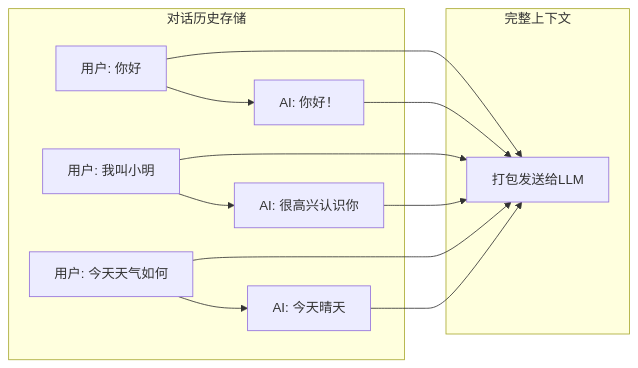
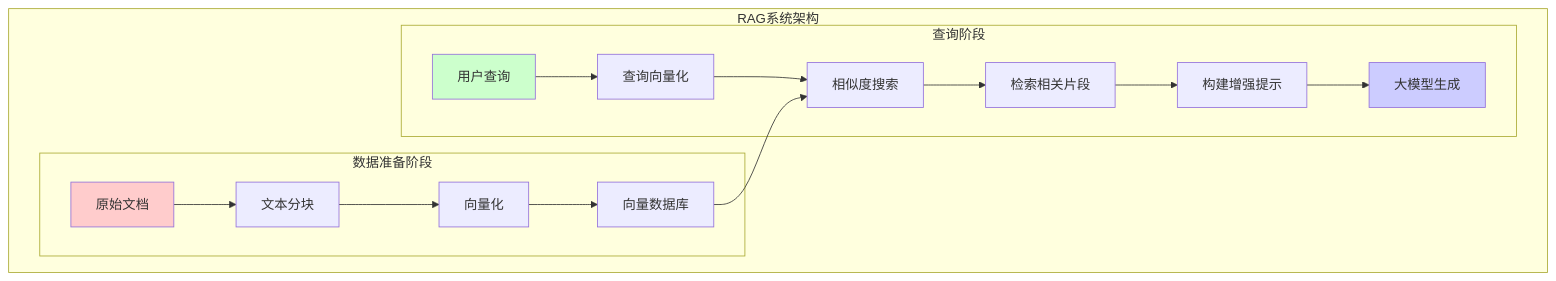
The third of 4 diagrams in _posts/2025-07-18-demystifying-llm-memory.md (KingdeGuo/kingdeguo.github.io), drawn with Mermaid before and after one commit. The commit also changed other lines of this file, not shown here.

````diff
--- a/_posts/2025-07-18-demystifying-llm-memory.md
+++ b/_posts/2025-07-18-demystifying-llm-memory.md
@@ -98,17 +258,23 @@
 ```mermaid
-graph LR
-    subgraph "对话历史存储"
-        A[用户: 你好] --> B[AI: 你好！]
-        C[用户: 我叫小明] --> D[AI: 很高兴认识你]
-        E[用户: 今天天气如何] --> F[AI: 今天晴天]
+graph TD
+    subgraph "RAG系统架构"
+        subgraph "数据准备阶段"
+            Docs[原始文档] --> Split[文本分块]
+            Split --> Embed[向量化]
+            Embed --> Store[向量数据库]
+        end
+        
+        subgraph "查询阶段"
+            Query[用户查询] --> Embed2[查询向量化]
+            Embed2 --> Search[相似度搜索]
+            Store --> Search
+            Search --> Retrieve[检索相关片段]
+            Retrieve --> Prompt[构建增强提示]
+            Prompt --> LLM[大模型生成]
+        end
     end
     
-    subgraph "完整上下文"
-        A --> G[打包发送给LLM]
-        B --> G
-        C --> G
-        D --> G
-        E --> G
-        F --> G
-    end
+    style Docs fill:#ffcccc
+    style Query fill:#ccffcc
+    style LLM fill:#ccccff
 ```
````
